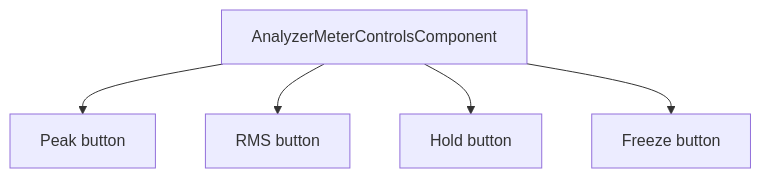
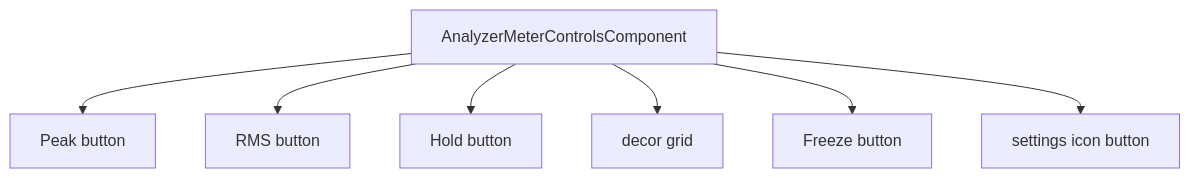
The ninth of 10 diagrams in docs/ui-architecture.md (Silenterc/Band-Spectrum-Analyzer), drawn with Mermaid before and after one commit. The commit also changed other lines of this file and 7 other files, not shown here.

````diff
--- a/docs/ui-architecture.md
+++ b/docs/ui-architecture.md
@@ -398,7 +412,9 @@
 ```mermaid
 flowchart TD
     MeterRail[AnalyzerMeterControlsComponent] --> Peak[Peak button]
     MeterRail --> RMS[RMS button]
     MeterRail --> Hold[Hold button]
+    MeterRail --> Decor[decor grid]
     MeterRail --> Freeze[Freeze button]
+    MeterRail --> Settings[settings icon button]
 ```
````
